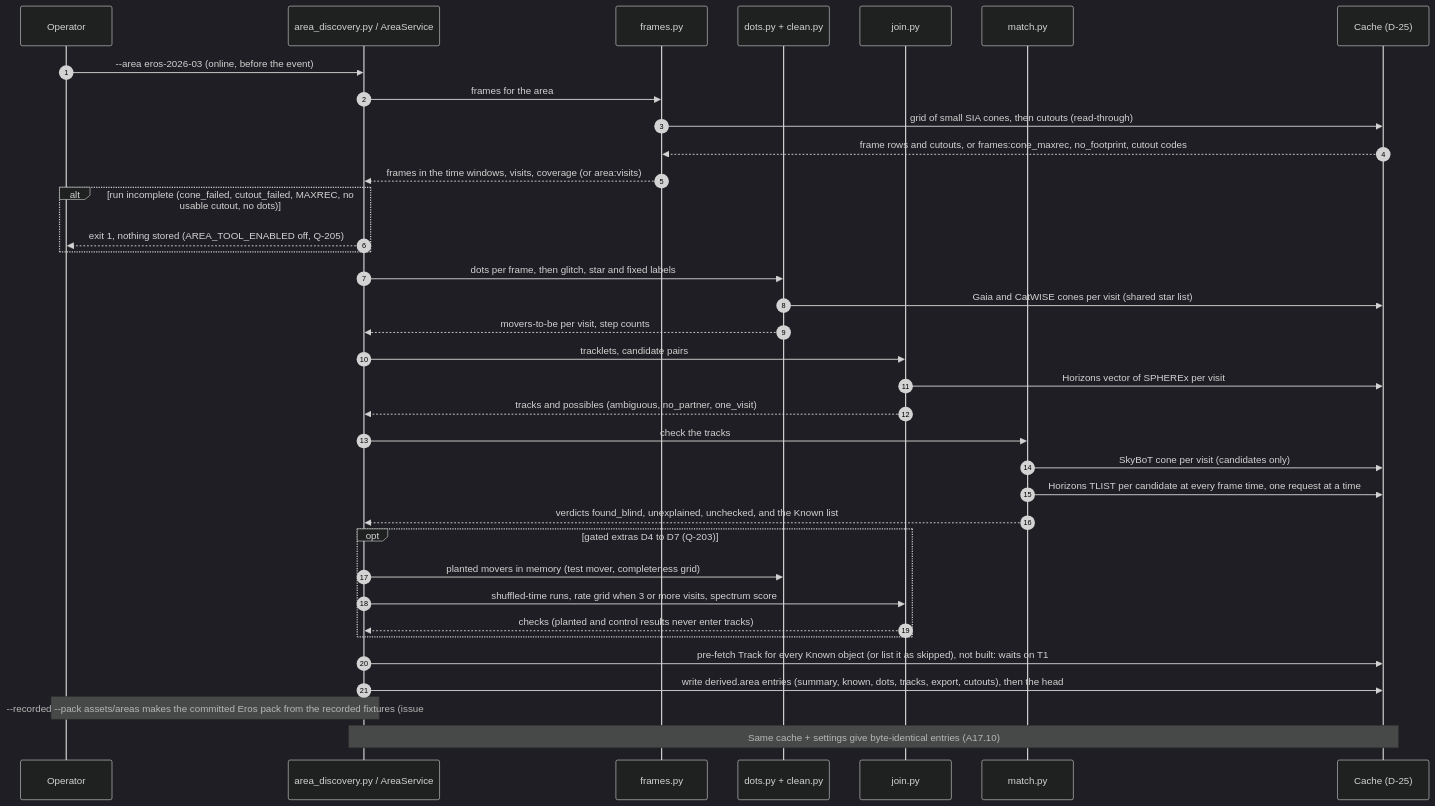
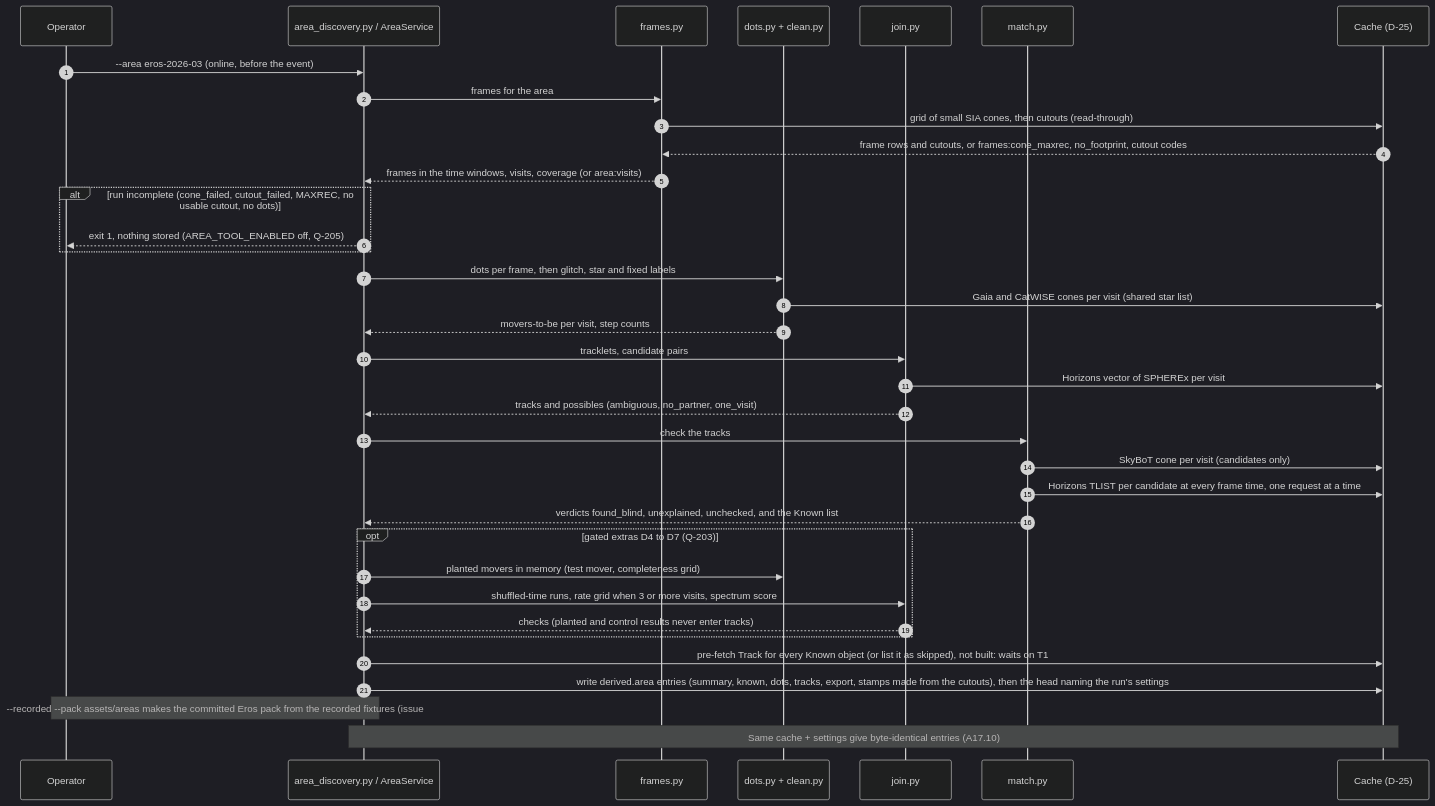
Before and after one commit to 0ffrian/SphereX: the second of 3 diagrams in docs/uml/22-area-search.md, drawn with Mermaid (dark theme). The commit also changed other lines of this file and 16 other files, not shown here.

First line of the commit message:
Address PR #110 review: multi-visit join, run's settings hash, stored stamps, comet ids

````diff
--- a/docs/uml/22-area-search.md
+++ b/docs/uml/22-area-search.md
@@ -86,38 +86,38 @@
 ```mermaid
 sequenceDiagram
   autonumber
   participant Op as Operator
   participant S as area_discovery.py / AreaService
   participant F as frames.py
   participant D as dots.py + clean.py
   participant J as join.py
   participant M as match.py
   participant C as Cache (D-25)
   Op->>S: --area eros-2026-03 (online, before the event)
   S->>F: frames for the area
   F->>C: grid of small SIA cones, then cutouts (read-through)
   C-->>F: frame rows and cutouts, or frames:cone_maxrec, no_footprint, cutout codes
   F-->>S: frames in the time windows, visits, coverage (or area:visits)
   alt run incomplete (cone_failed, cutout_failed, MAXREC, no usable cutout, no dots)
     S-->>Op: exit 1, nothing stored (AREA_TOOL_ENABLED off, Q-205)
   end
   S->>D: dots per frame, then glitch, star and fixed labels
   D->>C: Gaia and CatWISE cones per visit (shared star list)
   D-->>S: movers-to-be per visit, step counts
   S->>J: tracklets, candidate pairs
   J->>C: Horizons vector of SPHEREx per visit
   J-->>S: tracks and possibles (ambiguous, no_partner, one_visit)
   S->>M: check the tracks
   M->>C: SkyBoT cone per visit (candidates only)
   M->>C: Horizons TLIST per candidate at every frame time, one request at a time
   M-->>S: verdicts found_blind, unexplained, unchecked, and the Known list
   opt gated extras D4 to D7 (Q-203)
     S->>D: planted movers in memory (test mover, completeness grid)
     S->>J: shuffled-time runs, rate grid when 3 or more visits, spectrum score
     J-->>S: checks (planted and control results never enter tracks)
   end
   S->>C: pre-fetch Track for every Known object (or list it as skipped), not built: waits on T1
-  S->>C: write derived.area entries (summary, known, dots, tracks, export, cutouts), then the head
+  S->>C: write derived.area entries (summary, known, dots, tracks, export, stamps made from the cutouts), then the head naming the run's settings
   Note over Op,S: --recorded --pack assets/areas makes the committed Eros pack from the recorded fixtures (issue #108)
   Note over S,C: Same cache + settings give byte-identical entries (A17.10)
 ```
````
